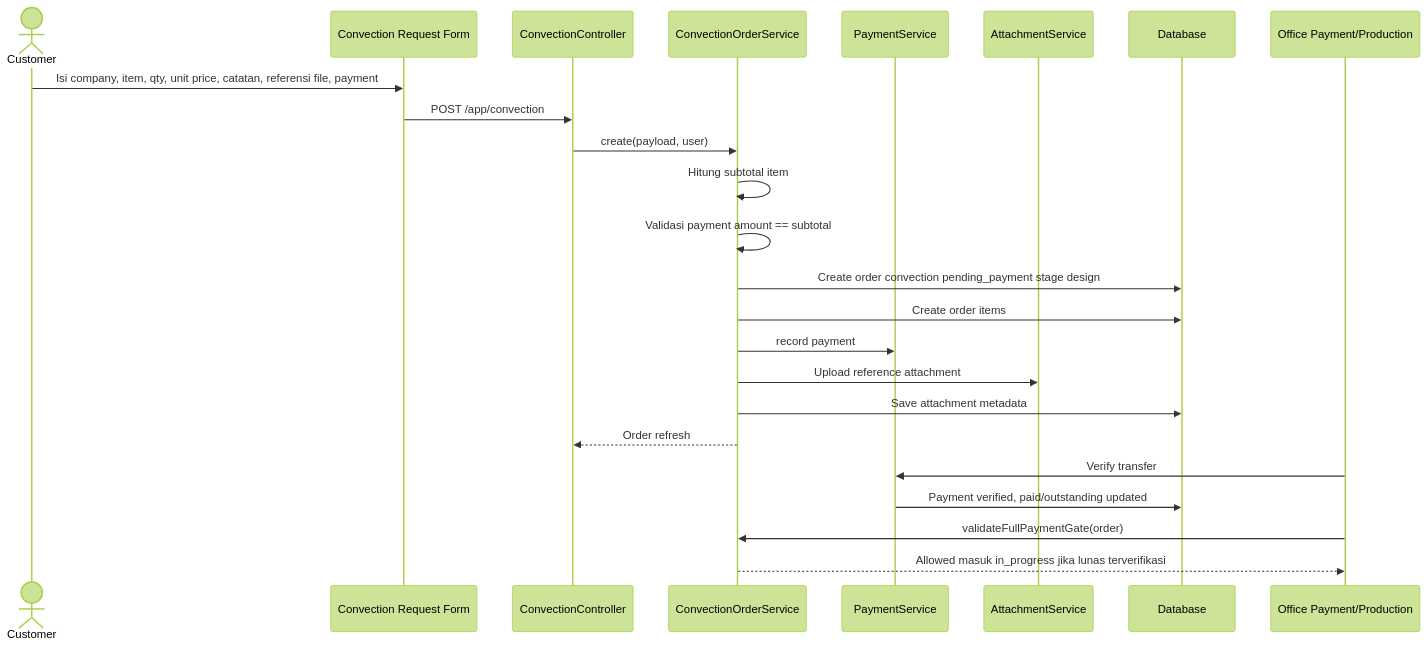
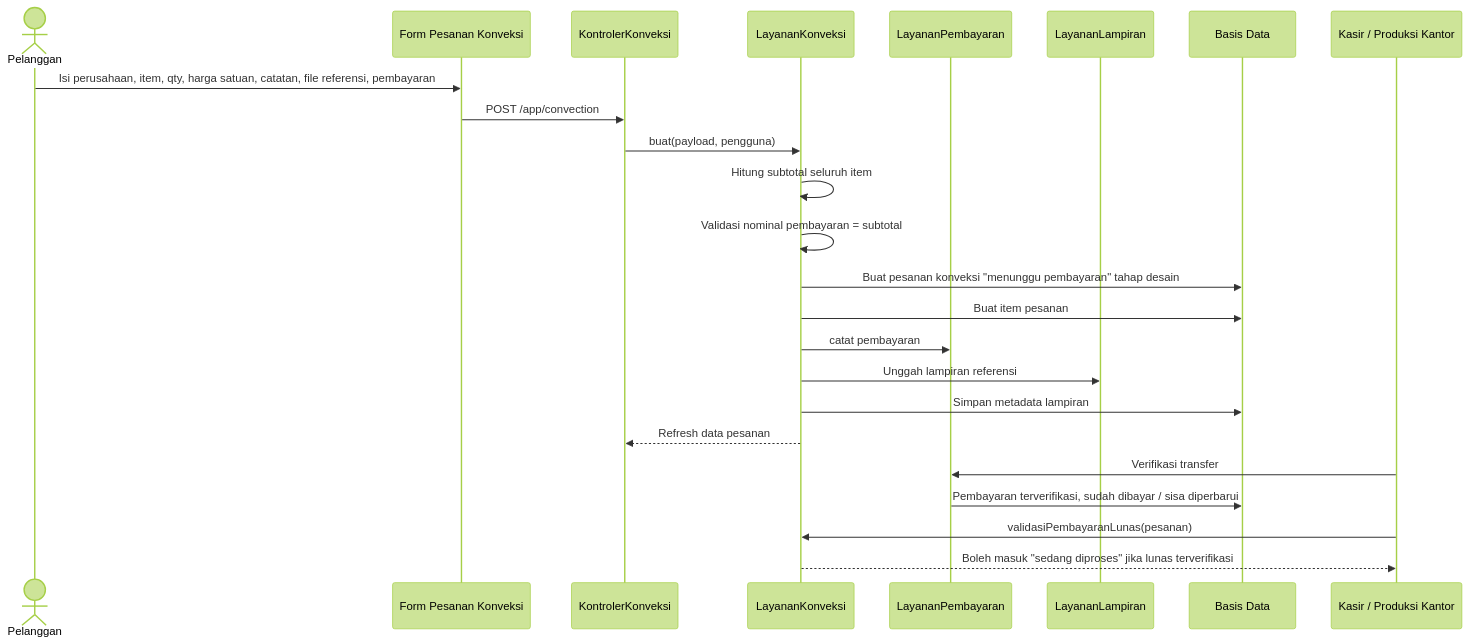
The eighth of 13 diagrams in docs/MVP-APP-UML-AND-USE-CASES.md (nabiilnuryassar/djaitin), drawn with Mermaid (forest theme) before and after one commit. The commit also changed other lines of this file, not shown here.

Commit message:
update: UML

````diff
--- a/docs/MVP-APP-UML-AND-USE-CASES.md
+++ b/docs/MVP-APP-UML-AND-USE-CASES.md
@@ -574,27 +697,27 @@
 ```mermaid
 sequenceDiagram
-    actor Customer
-    participant UI as Convection Request Form
-    participant Controller as ConvectionController
-    participant Service as ConvectionOrderService
-    participant PaymentService
-    participant AttachmentService
-    participant DB as Database
-    participant Office as Office Payment/Production
+    actor Pelanggan
+    participant UI as Form Pesanan Konveksi
+    participant Kontroler as KontrolerKonveksi
+    participant Layanan as LayananKonveksi
+    participant LayananPembayaran
+    participant LayananLampiran
+    participant DB as Basis Data
+    participant Kantor as Kasir / Produksi Kantor
 
-    Customer->>UI: Isi company, item, qty, unit price, catatan, referensi file, payment
-    UI->>Controller: POST /app/convection
-    Controller->>Service: create(payload, user)
-    Service->>Service: Hitung subtotal item
-    Service->>Service: Validasi payment amount == subtotal
-    Service->>DB: Create order convection pending_payment stage design
-    Service->>DB: Create order items
-    Service->>PaymentService: record payment
-    Service->>AttachmentService: Upload reference attachment
-    Service->>DB: Save attachment metadata
-    Service-->>Controller: Order refresh
-    Office->>PaymentService: Verify transfer
-    PaymentService->>DB: Payment verified, paid/outstanding updated
-    Office->>Service: validateFullPaymentGate(order)
-    Service-->>Office: Allowed masuk in_progress jika lunas terverifikasi
+    Pelanggan->>UI: Isi perusahaan, item, qty, harga satuan, catatan, file referensi, pembayaran
+    UI->>Kontroler: POST /app/convection
+    Kontroler->>Layanan: buat(payload, pengguna)
+    Layanan->>Layanan: Hitung subtotal seluruh item
+    Layanan->>Layanan: Validasi nominal pembayaran = subtotal
+    Layanan->>DB: Buat pesanan konveksi "menunggu pembayaran" tahap desain
+    Layanan->>DB: Buat item pesanan
+    Layanan->>LayananPembayaran: catat pembayaran
+    Layanan->>LayananLampiran: Unggah lampiran referensi
+    Layanan->>DB: Simpan metadata lampiran
+    Layanan-->>Kontroler: Refresh data pesanan
+    Kantor->>LayananPembayaran: Verifikasi transfer
+    LayananPembayaran->>DB: Pembayaran terverifikasi, sudah dibayar / sisa diperbarui
+    Kantor->>Layanan: validasiPembayaranLunas(pesanan)
+    Layanan-->>Kantor: Boleh masuk "sedang diproses" jika lunas terverifikasi
 ```
````
